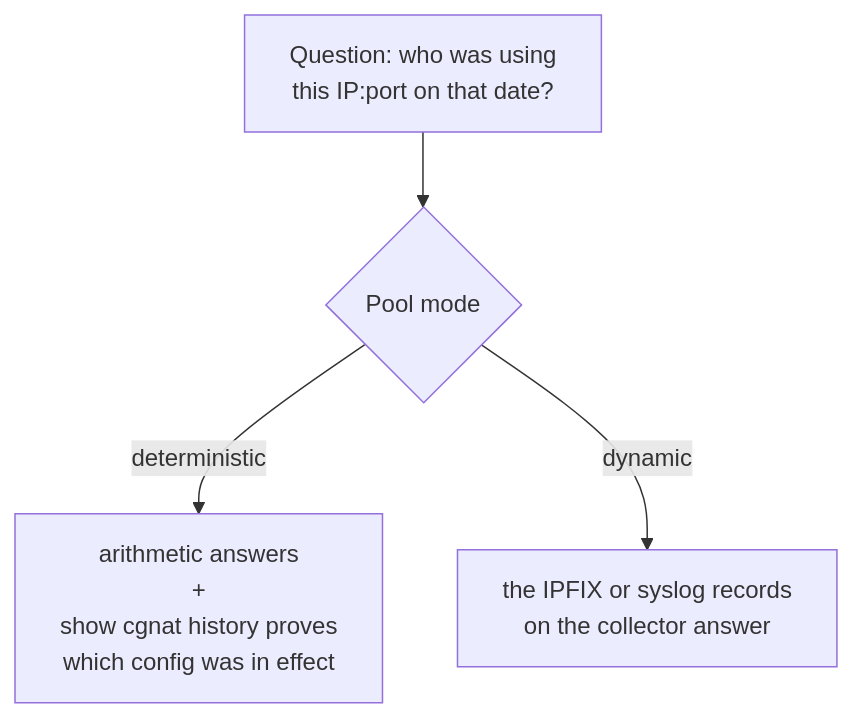
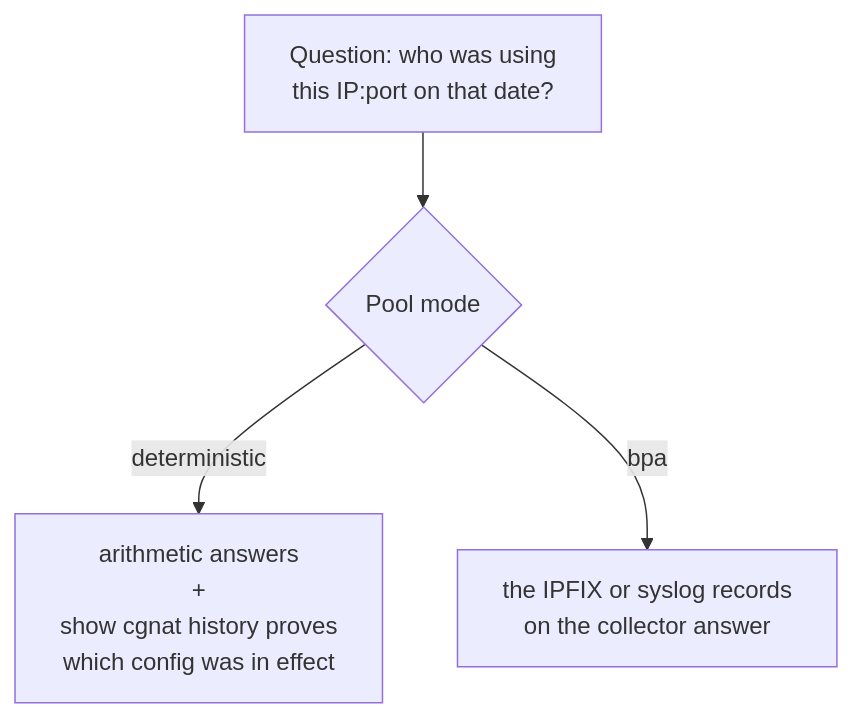
Before and after one commit to andrediashexa/prismarouting: the first of 2 diagrams in wiki/operate/ipfix-logging-and-audit-trail.md, drawn with Mermaid. The commit also changed other lines of this file and 101 other files, not shown here.

````diff
--- a/wiki/operate/ipfix-logging-and-audit-trail.md
+++ b/wiki/operate/ipfix-logging-and-audit-trail.md
@@ -5,6 +5,6 @@
 ```mermaid
 flowchart TD
     P["Question: who was using<br/>this IP:port on that date?"] --> M{"Pool mode"}
     M -->|deterministic| A["arithmetic answers<br/>+<br/>show cgnat history proves<br/>which config was in effect"]
-    M -->|dynamic| B["the IPFIX or syslog records<br/>on the collector answer"]
+    M -->|bpa| B["the IPFIX or syslog records<br/>on the collector answer"]
 ```
````
